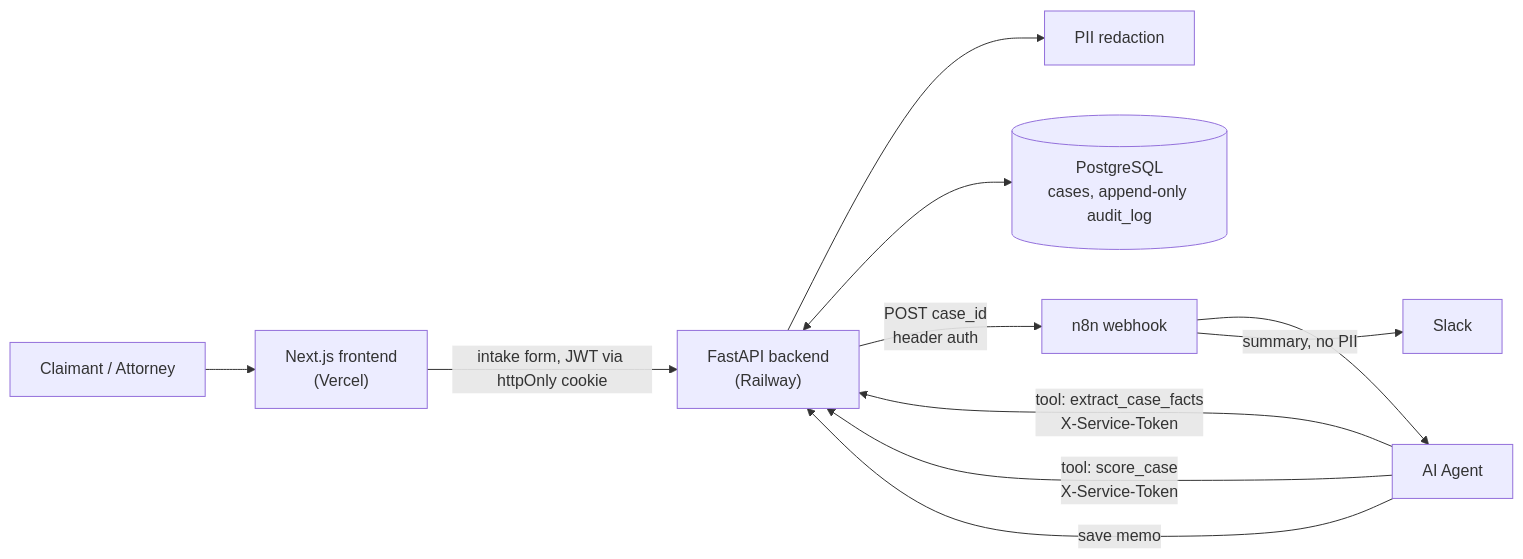
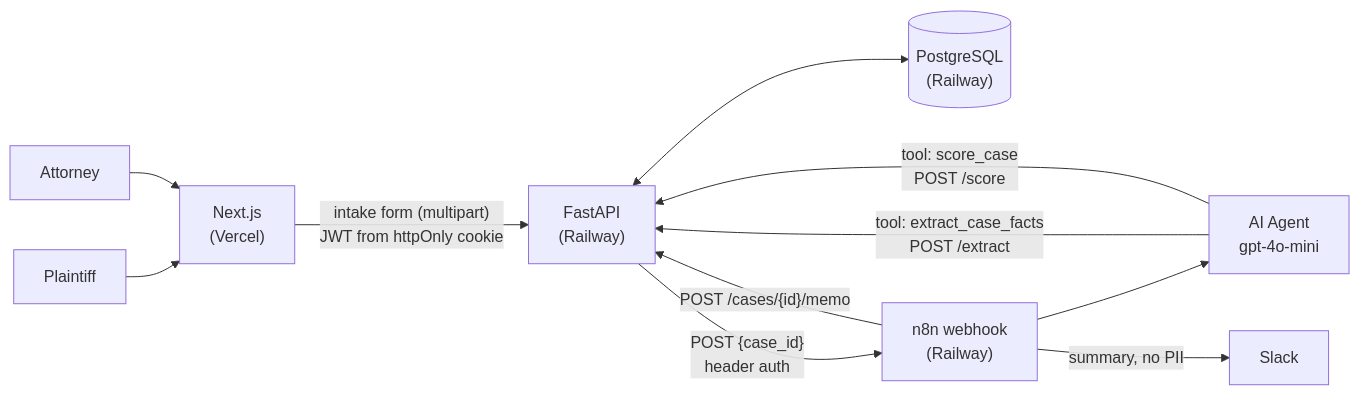
Before and after one commit to Yohands123/litigation-agent: the diagram in README.md, drawn with Mermaid. The commit also changed other lines of this file, not shown here.

````diff
--- a/README.md
+++ b/README.md
@@ -12,13 +40,13 @@
 ```mermaid
 flowchart LR
-    U[Claimant / Attorney] --> FE["Next.js frontend<br/>(Vercel)"]
-    FE -->|"intake form, JWT via httpOnly cookie"| API["FastAPI backend<br/>(Railway)"]
-    API --> R["PII redaction"]
-    API <--> DB[("PostgreSQL<br/>cases, append-only audit_log")]
-    API -->|"POST case_id<br/>header auth"| N8N["n8n webhook"]
-    N8N --> AG["AI Agent"]
-    AG -->|"tool: extract_case_facts<br/>X-Service-Token"| API
-    AG -->|"tool: score_case<br/>X-Service-Token"| API
-    AG -->|"save memo"| API
-    N8N -->|"summary, no PII"| SL["Slack"]
+    P[Plaintiff] --> FE
+    A[Attorney] --> FE
+    FE["Next.js<br/>(Vercel)"] -->|"intake form (multipart)<br/>JWT from httpOnly cookie"| API["FastAPI<br/>(Railway)"]
+    API <--> DB[("PostgreSQL<br/>(Railway)")]
+    API -->|"POST {case_id}<br/>header auth"| N8N["n8n webhook<br/>(Railway)"]
+    N8N --> AG["AI Agent<br/>gpt-4o-mini"]
+    AG -->|"tool: extract_case_facts<br/>POST /extract"| API
+    AG -->|"tool: score_case<br/>POST /score"| API
+    N8N -->|"POST /cases/{id}/memo"| API
+    N8N -->|"summary, no PII"| SL[Slack]
 ```
````
